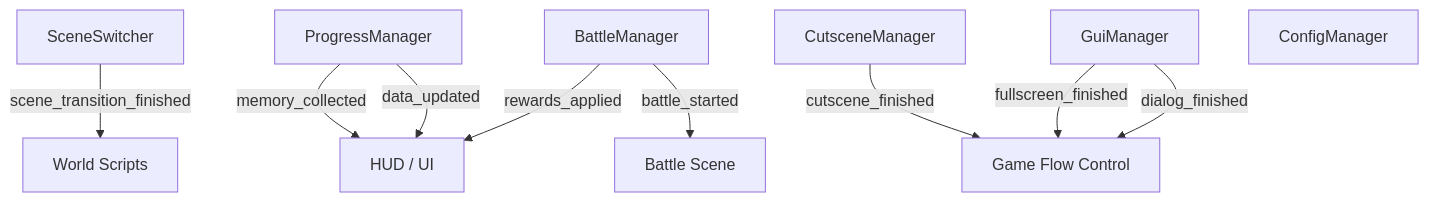
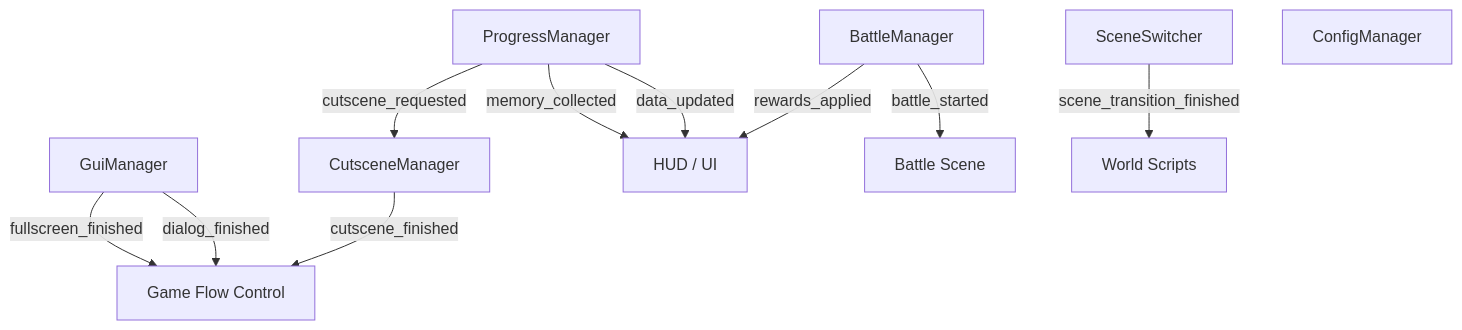
The first of 6 diagrams in docs/ARCHITECTURE.md (iamkuo/project_terminus), drawn with Mermaid before and after one commit. The commit also changed other lines of this file and 34 other files, not shown here.

````diff
--- a/docs/ARCHITECTURE.md
+++ b/docs/ARCHITECTURE.md
@@ -11,24 +11,25 @@
 ```mermaid
 graph TD
     %% Autoloads
     PM["ProgressManager"]
     SS["SceneSwitcher"]
     GM["GuiManager"]
     CM["CutsceneManager"]
     BM["BattleManager"]
     Cfg["ConfigManager"]
 
     %% Interactions
     PM -->|data_updated| HUD["HUD / UI"]
     PM -->|memory_collected| HUD
+    PM -->|cutscene_requested| CM
     
     SS -->|scene_transition_finished| World["World Scripts"]
     
     GM -->|dialog_finished| Flow["Game Flow Control"]
     GM -->|fullscreen_finished| Flow
     
     CM -->|cutscene_finished| Flow
     
     BM -->|battle_started| Battle["Battle Scene"]
     BM -->|rewards_applied| HUD
 ```
````
